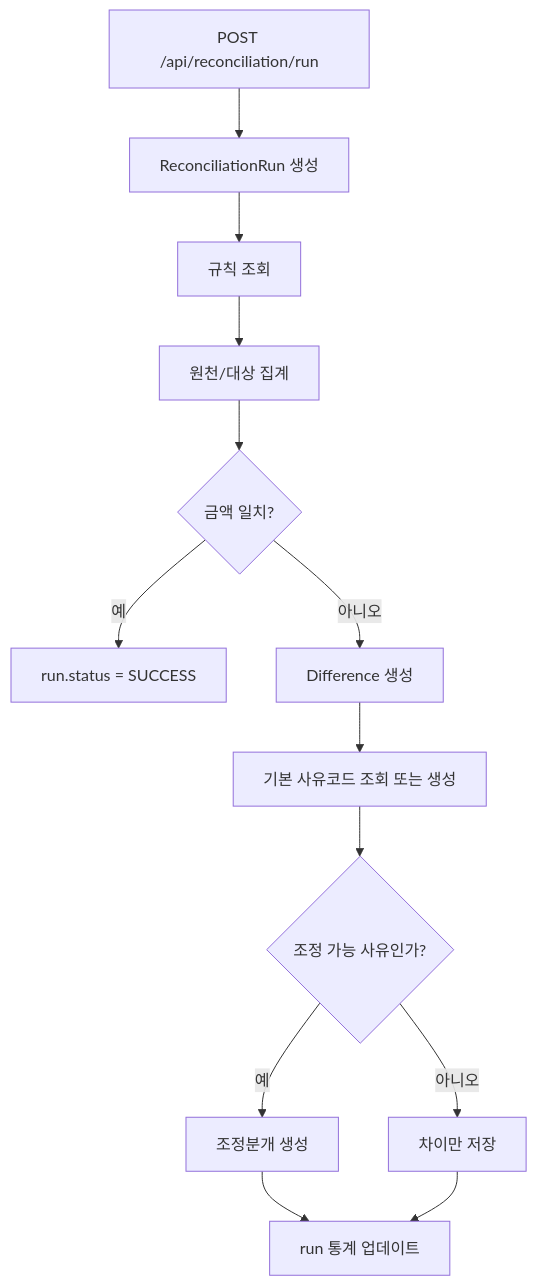
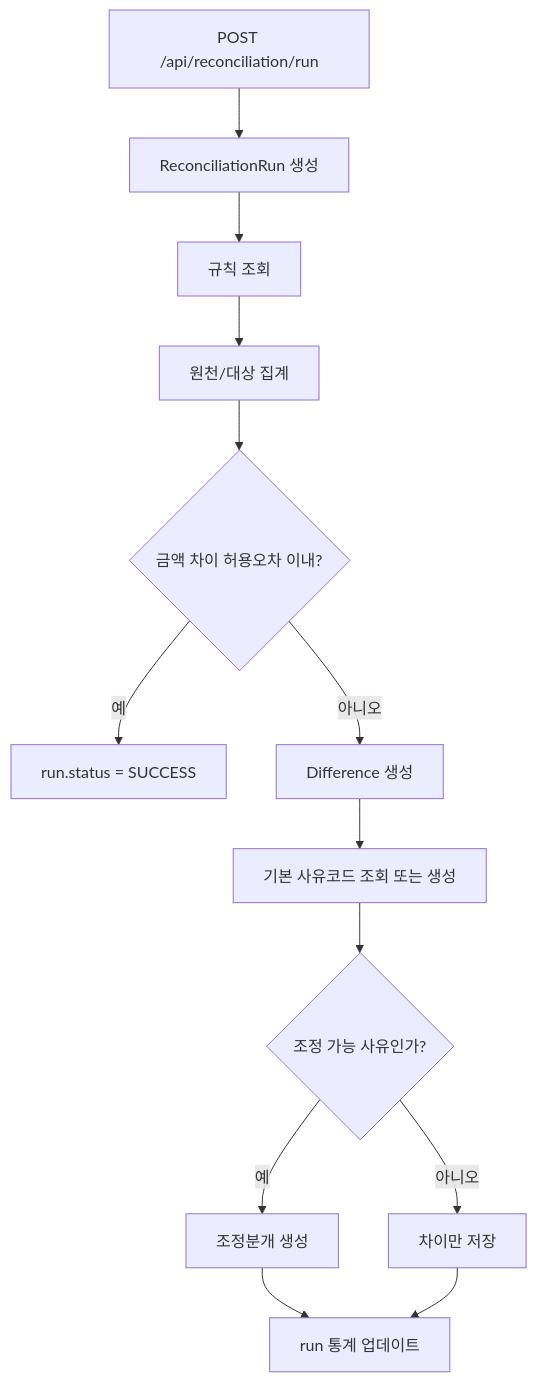
One commit to skyg547/account changed the third of 6 diagrams in reconciliation/docs/process-flow.md. Above: the diagram before and after it, drawn with Mermaid. The commit also changed other lines of this file and 81 other files, not shown here.

````diff
--- a/reconciliation/docs/process-flow.md
+++ b/reconciliation/docs/process-flow.md
@@ -42,15 +42,15 @@
 ```mermaid
 flowchart TD
     A[POST /api/reconciliation/run] --> B[ReconciliationRun 생성]
     B --> C[규칙 조회]
     C --> D[원천/대상 집계]
-    D --> E{금액 일치?}
+    D --> E{금액 차이 허용오차 이내?}
     E -- 예 --> F[run.status = SUCCESS]
     E -- 아니오 --> G[Difference 생성]
     G --> H[기본 사유코드 조회 또는 생성]
     H --> I{조정 가능 사유인가?}
     I -- 예 --> J[조정분개 생성]
     I -- 아니오 --> K[차이만 저장]
     J --> L[run 통계 업데이트]
     K --> L
 ```
````
